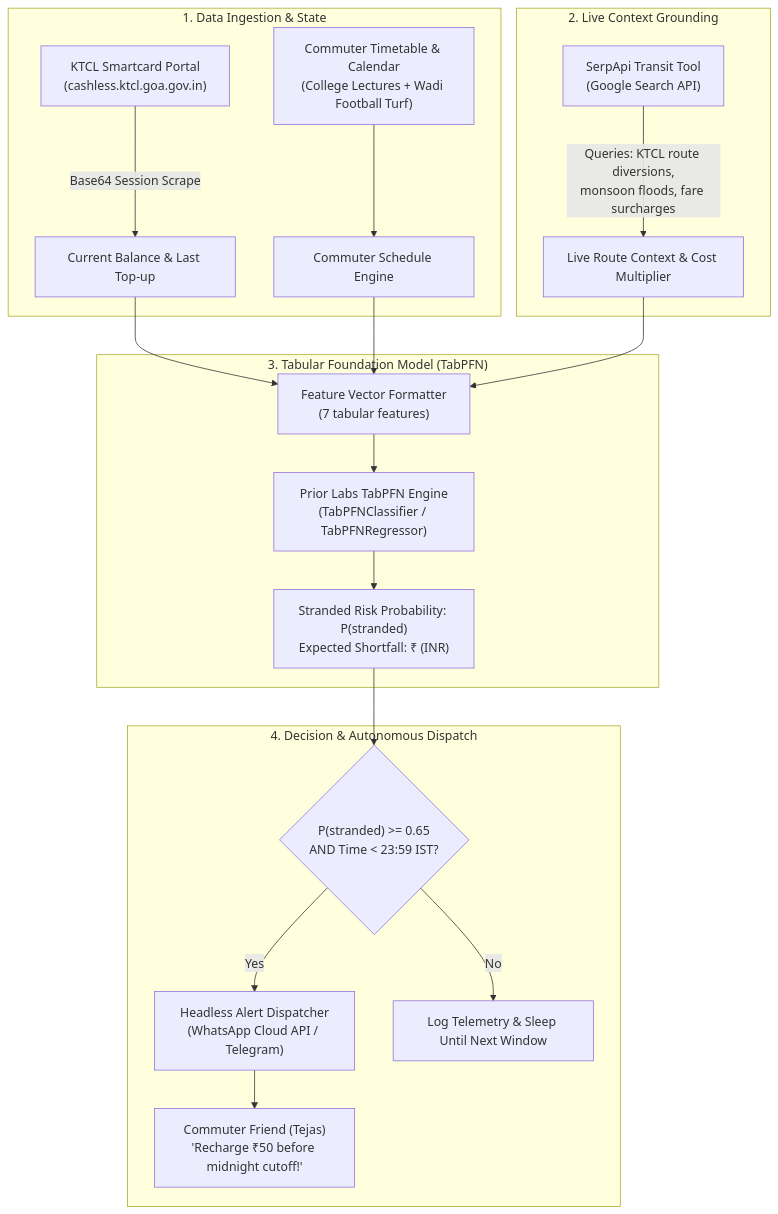
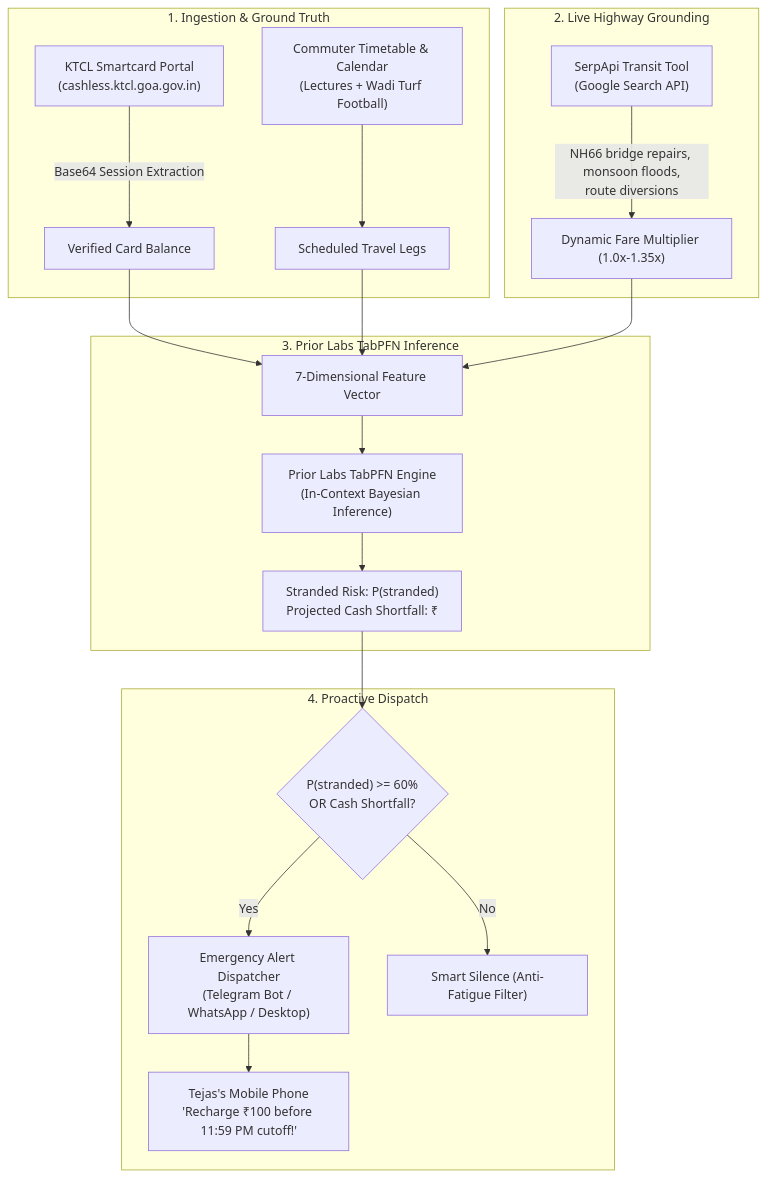
One commit to Labreo/KTCL-CommuteShield changed the diagram in README.md. Above: the diagram before and after it, drawn with Mermaid. The commit also changed other lines of this file and 43 other files, not shown here.

Commit message:
feat: release public-ready KTCL CommuteShield with architecture assets and updated documentation

````diff
--- a/README.md
+++ b/README.md
@@ -20,24 +71,24 @@
 ```mermaid
 graph TD
-    subgraph "1. Data Ingestion & State"
-        A["KTCL Smartcard Portal<br/>(cashless.ktcl.goa.gov.in)"] -->|Base64 Session Scrape| B["Current Balance & Last Top-up"]
-        C["Commuter Timetable & Calendar<br/>(College Lectures + Wadi Football Turf)"] --> D["Commuter Schedule Engine"]
+    subgraph "1. Ingestion & Ground Truth"
+        A["KTCL Smartcard Portal<br/>(cashless.ktcl.goa.gov.in)"] -->|Base64 Session Extraction| B["Verified Card Balance"]
+        C["Commuter Timetable & Calendar<br/>(Lectures + Wadi Turf Football)"] --> D["Scheduled Travel Legs"]
     end
 
-    subgraph "2. Live Context Grounding"
-        E["SerpApi Transit Tool<br/>(Google Search API)"] -->|Queries: KTCL route diversions,<br/>monsoon floods, fare surcharges| F["Live Route Context & Cost Multiplier"]
+    subgraph "2. Live Highway Grounding"
+        E["SerpApi Transit Tool<br/>(Google Search API)"] -->|NH66 bridge repairs, monsoon floods,<br/>route diversions| F["Dynamic Fare Multiplier (1.0x-1.35x)"]
     end
 
-    subgraph "3. Tabular Foundation Model (TabPFN)"
-        B & D & F --> G["Feature Vector Formatter<br/>(7 tabular features)"]
-        G --> H["Prior Labs TabPFN Engine<br/>(TabPFNClassifier / TabPFNRegressor)"]
-        H --> I["Stranded Risk Probability: P(stranded)<br/>Expected Shortfall: ₹ (INR)"]
+    subgraph "3. Prior Labs TabPFN Inference"
+        B & D & F --> G["7-Dimensional Feature Vector"]
+        G --> H["Prior Labs TabPFN Engine<br/>(In-Context Bayesian Inference)"]
+        H --> I["Stranded Risk: P(stranded)<br/>Projected Cash Shortfall: ₹"]
     end
 
-    subgraph "4. Decision & Autonomous Dispatch"
-        I --> J{"P(stranded) >= 0.65<br/>AND Time < 23:59 IST?"}
-        J -->|Yes| K["Headless Alert Dispatcher<br/>(WhatsApp Cloud API / Telegram)"]
-        J -->|No| L["Log Telemetry & Sleep Until Next Window"]
-        K --> M["Commuter Friend (Tejas)<br/>'Recharge ₹50 before midnight cutoff!'"]
+    subgraph "4. Proactive Dispatch"
+        I --> J{"P(stranded) >= 60%<br/>OR Cash Shortfall?"}
+        J -->|Yes| K["Emergency Alert Dispatcher<br/>(Telegram Bot / WhatsApp / Desktop)"]
+        J -->|No| L["Smart Silence (Anti-Fatigue Filter)"]
+        K --> M["Tejas's Mobile Phone<br/>'Recharge ₹100 before 11:59 PM cutoff!'"]
     end
 ```
````
